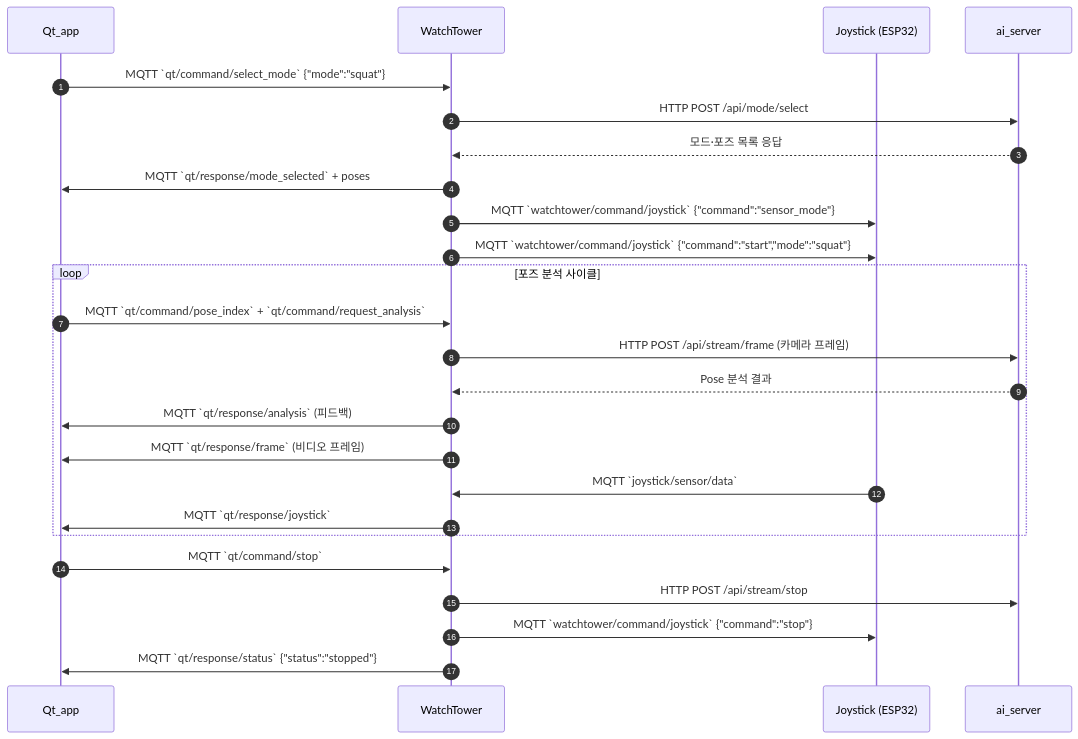
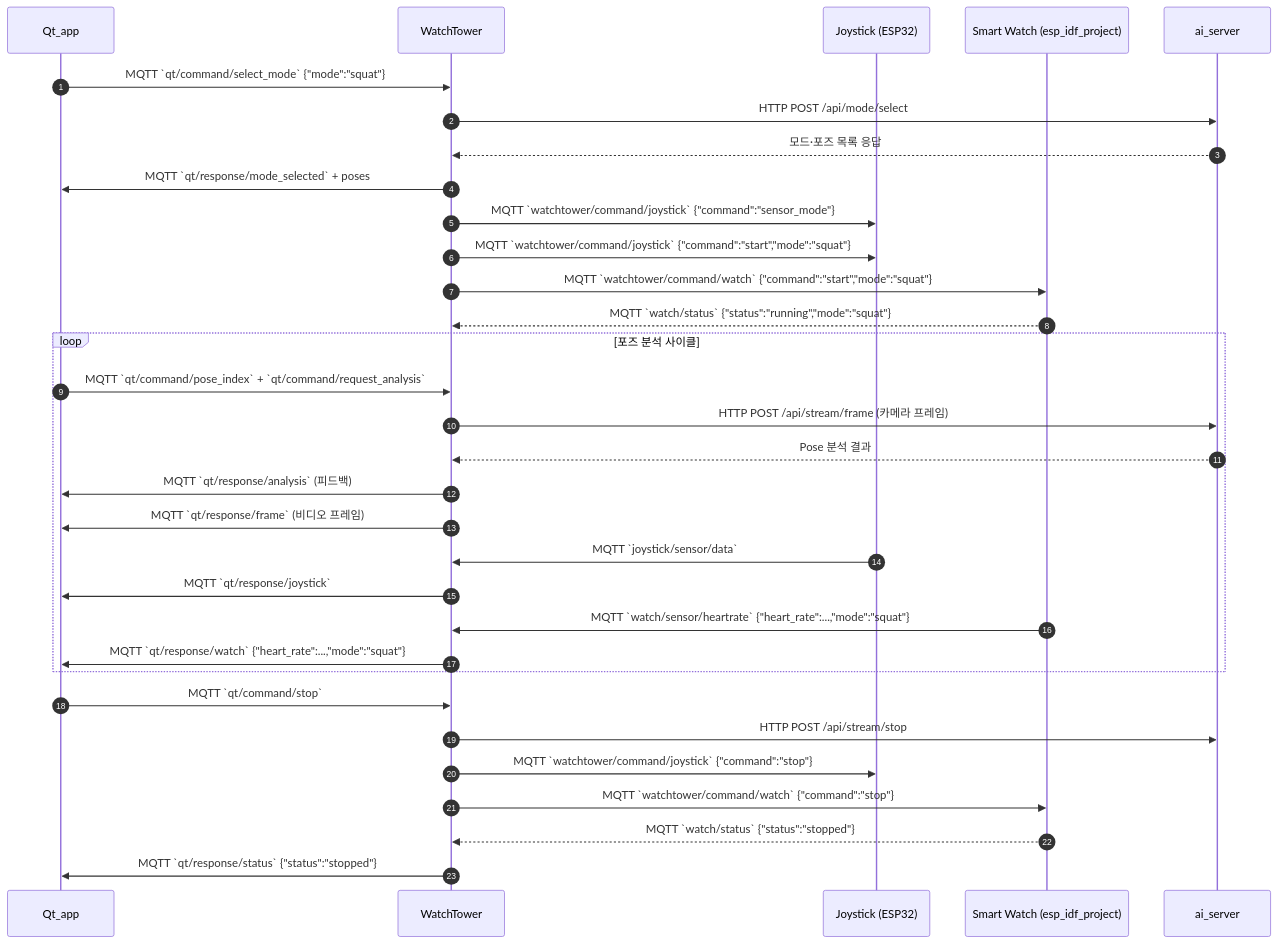
The diagram in SYSTEM_PROTOCOL.md (uniljetstream/New_Workout_Plan), drawn with Mermaid before and after one commit. The commit also changed other lines of this file and 138 other files, not shown here.

````diff
--- a/SYSTEM_PROTOCOL.md
+++ b/SYSTEM_PROTOCOL.md
@@ -80,30 +90,37 @@
 ```mermaid
 sequenceDiagram
     autonumber
     participant Qt as Qt_app
     participant WT as WatchTower
     participant JS as Joystick (ESP32)
+    participant Watch as Smart Watch (esp_idf_project)
     participant AI as ai_server
 
     Qt->>WT: MQTT `qt/command/select_mode` {"mode":"squat"}
     WT->>AI: HTTP POST /api/mode/select
     AI-->>WT: 모드·포즈 목록 응답
     WT->>Qt: MQTT `qt/response/mode_selected` + poses
     WT->>JS: MQTT `watchtower/command/joystick` {"command":"sensor_mode"}
     WT->>JS: MQTT `watchtower/command/joystick` {"command":"start","mode":"squat"}
+    WT->>Watch: MQTT `watchtower/command/watch` {"command":"start","mode":"squat"}
+    Watch-->>WT: MQTT `watch/status` {"status":"running","mode":"squat"}
 
     loop 포즈 분석 사이클
         Qt->>WT: MQTT `qt/command/pose_index` + `qt/command/request_analysis`
         WT->>AI: HTTP POST /api/stream/frame (카메라 프레임)
         AI-->>WT: Pose 분석 결과
         WT->>Qt: MQTT `qt/response/analysis` (피드백)
         WT->>Qt: MQTT `qt/response/frame` (비디오 프레임)
         JS->>WT: MQTT `joystick/sensor/data`
         WT->>Qt: MQTT `qt/response/joystick`
+        Watch->>WT: MQTT `watch/sensor/heartrate` {"heart_rate":...,"mode":"squat"}
+        WT->>Qt: MQTT `qt/response/watch` {"heart_rate":...,"mode":"squat"}
     end
 
     Qt->>WT: MQTT `qt/command/stop`
     WT->>AI: HTTP POST /api/stream/stop
     WT->>JS: MQTT `watchtower/command/joystick` {"command":"stop"}
+    WT->>Watch: MQTT `watchtower/command/watch` {"command":"stop"}
+    Watch-->>WT: MQTT `watch/status` {"status":"stopped"}
     WT->>Qt: MQTT `qt/response/status` {"status":"stopped"}
 ```
````
